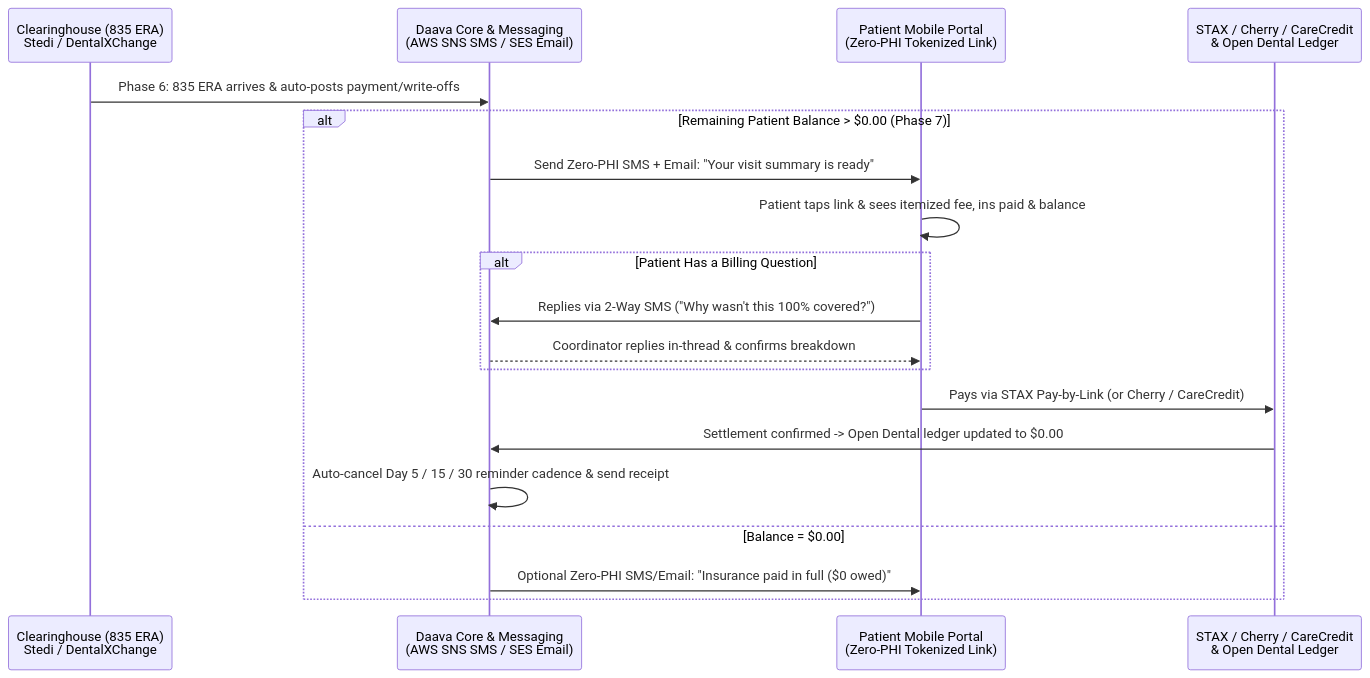
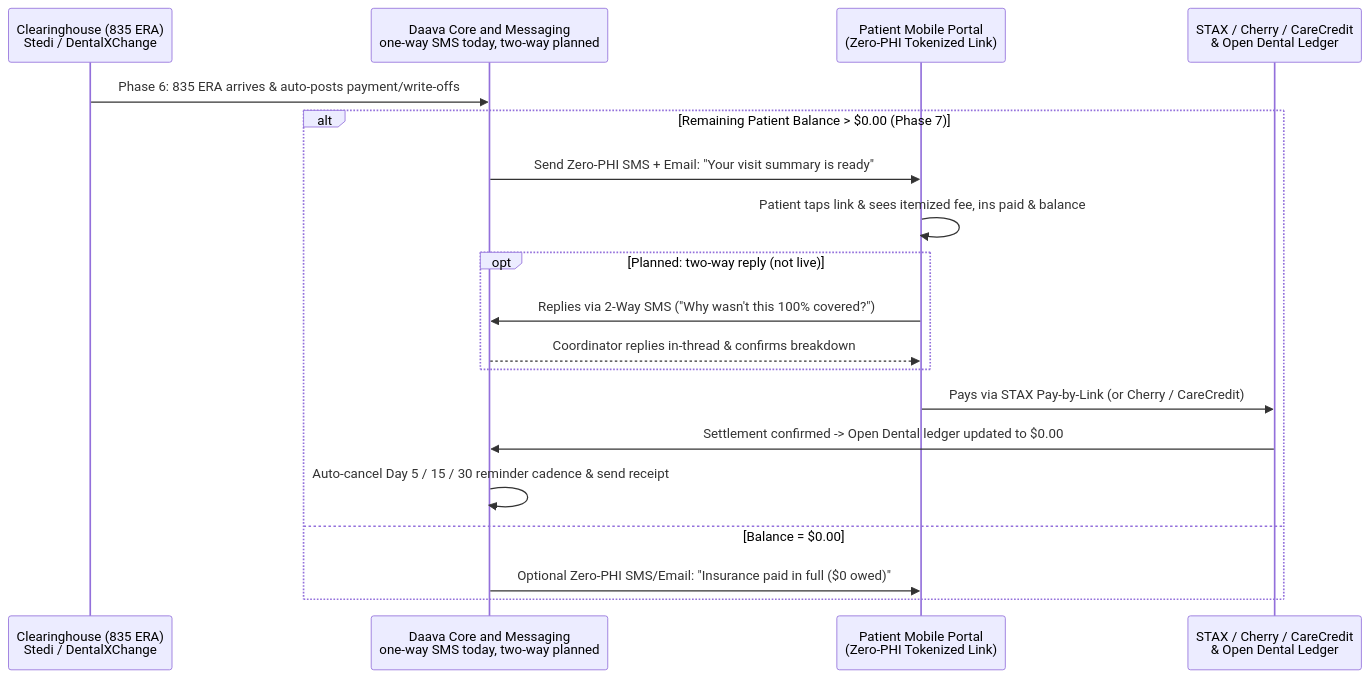
The second of 2 diagrams in docs/addendum_ii_clearinghouses_patient_payments_financing_tools.md (daava-hq/shared-docs), drawn with Mermaid before and after one commit. The commit also changed other lines of this file and 1 other file, not shown here.

Commit message:
docs: mark Addendum II two-way SMS as planned, not live

````diff
--- a/docs/addendum_ii_clearinghouses_patient_payments_financing_tools.md
+++ b/docs/addendum_ii_clearinghouses_patient_payments_financing_tools.md
@@ -151,22 +153,22 @@
 ```mermaid
 sequenceDiagram
   participant CH as Clearinghouse (835 ERA)<br/>Stedi / DentalXChange
-  participant Daava as Daava Core & Messaging<br/>(AWS SNS SMS / SES Email)
+  participant Daava as Daava Core and Messaging<br/>one-way SMS today, two-way planned
   participant Pat as Patient Mobile Portal<br/>(Zero-PHI Tokenized Link)
   participant Pay as STAX / Cherry / CareCredit<br/>& Open Dental Ledger
 
   CH->>Daava: Phase 6: 835 ERA arrives & auto-posts payment/write-offs
   alt Remaining Patient Balance > $0.00 (Phase 7)
     Daava->>Pat: Send Zero-PHI SMS + Email: "Your visit summary is ready"
     Pat->>Pat: Patient taps link & sees itemized fee, ins paid & balance
-    alt Patient Has a Billing Question
+    opt Planned: two-way reply (not live)
       Pat->>Daava: Replies via 2-Way SMS ("Why wasn't this 100% covered?")
       Daava-->>Pat: Coordinator replies in-thread & confirms breakdown
     end
     Pat->>Pay: Pays via STAX Pay-by-Link (or Cherry / CareCredit)
     Pay->>Daava: Settlement confirmed -> Open Dental ledger updated to $0.00
     Daava->>Daava: Auto-cancel Day 5 / 15 / 30 reminder cadence & send receipt
   else Balance = $0.00
     Daava->>Pat: Optional Zero-PHI SMS/Email: "Insurance paid in full ($0 owed)"
   end
 ```
````
